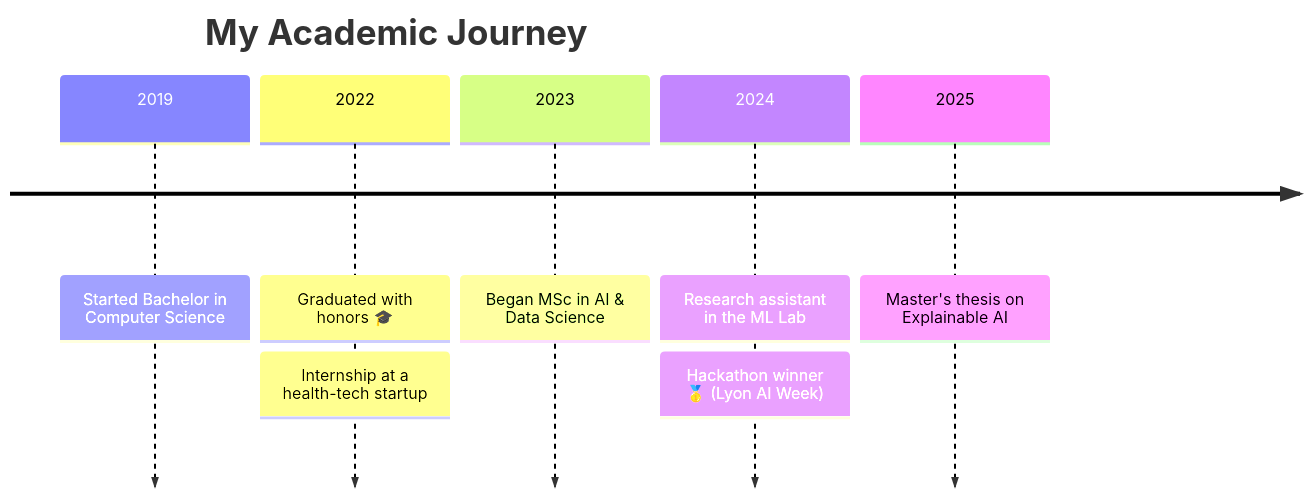
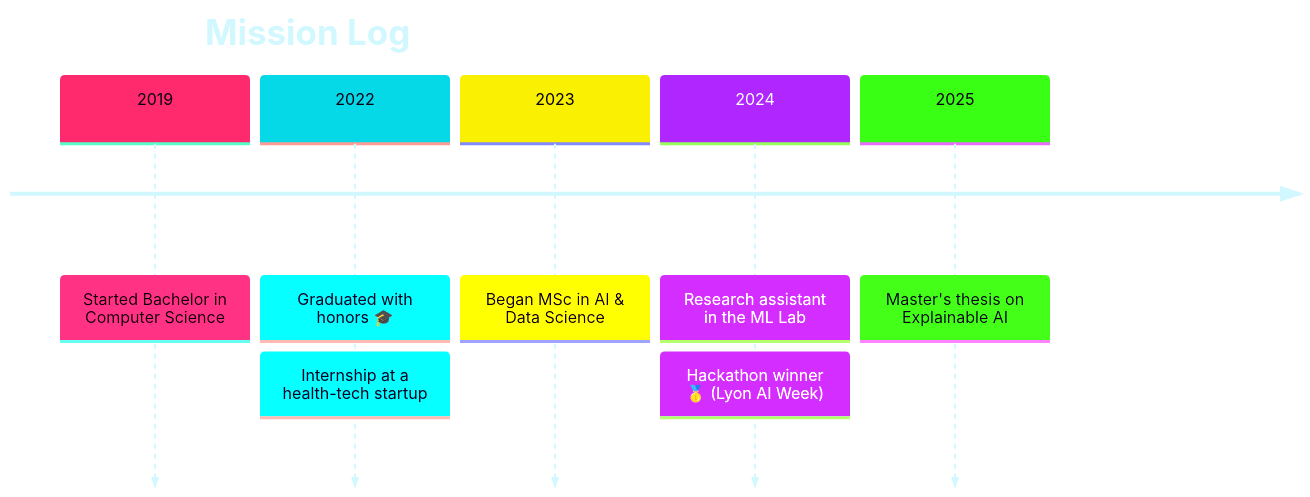
The diagram in README.md (kztcha/kztcha), drawn with Mermaid before and after one commit. The commit also changed other lines of this file, not shown here.

````diff
--- a/README.md
+++ b/README.md
@@ -174,11 +169,12 @@
 ```mermaid
+%%{init: {'theme':'base','themeVariables':{'background':'#0a0014','primaryColor':'#1b0636','primaryTextColor':'#d1f7ff','lineColor':'#05d9e8','cScale0':'#ff2a6d','cScale1':'#05d9e8','cScale2':'#f9f002','cScale3':'#b026ff','cScale4':'#39ff14','cScaleLabel0':'#0a0014','cScaleLabel1':'#0a0014','cScaleLabel2':'#0a0014','cScaleLabel3':'#ffffff','cScaleLabel4':'#0a0014'}}}%%
 timeline
-    title My Academic Journey
+    title Mission Log
     2019 : Started Bachelor in Computer Science
     2022 : Graduated with honors 🎓
          : Internship at a health-tech startup
     2023 : Began MSc in AI & Data Science
     2024 : Research assistant in the ML Lab
          : Hackathon winner 🥇 (Lyon AI Week)
     2025 : Master's thesis on Explainable AI
 ```
````
